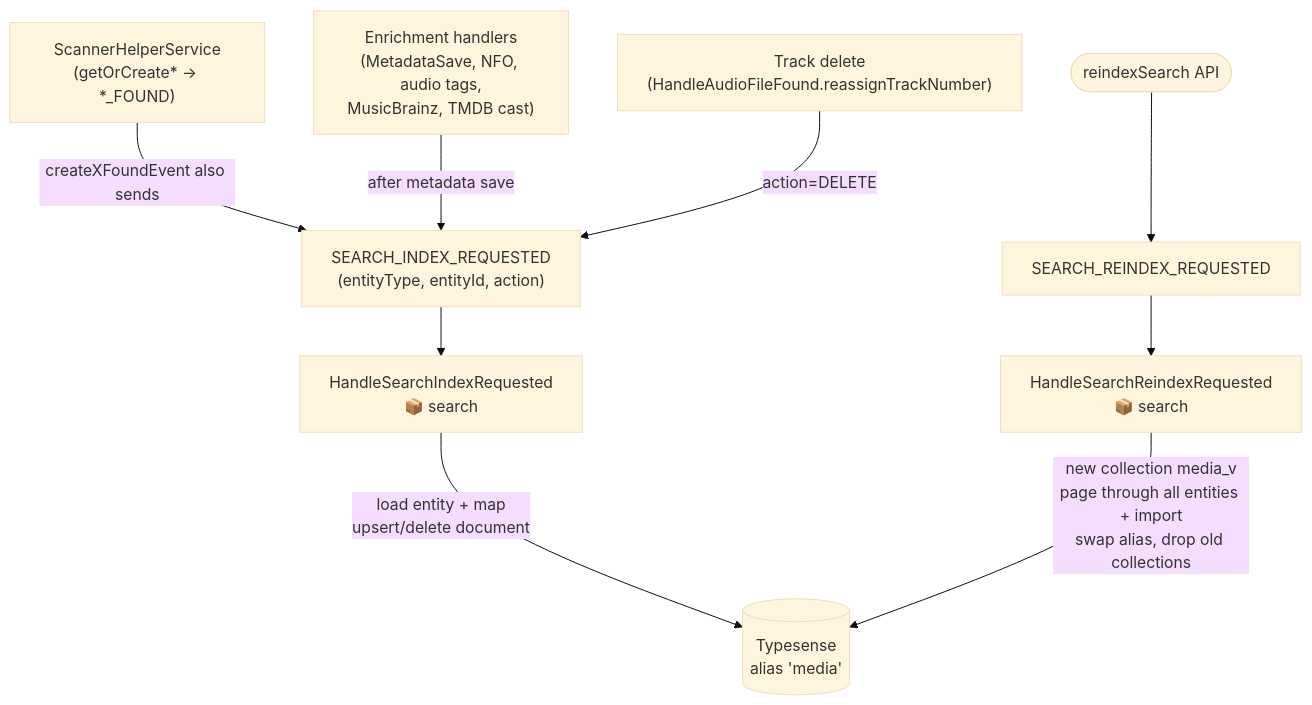
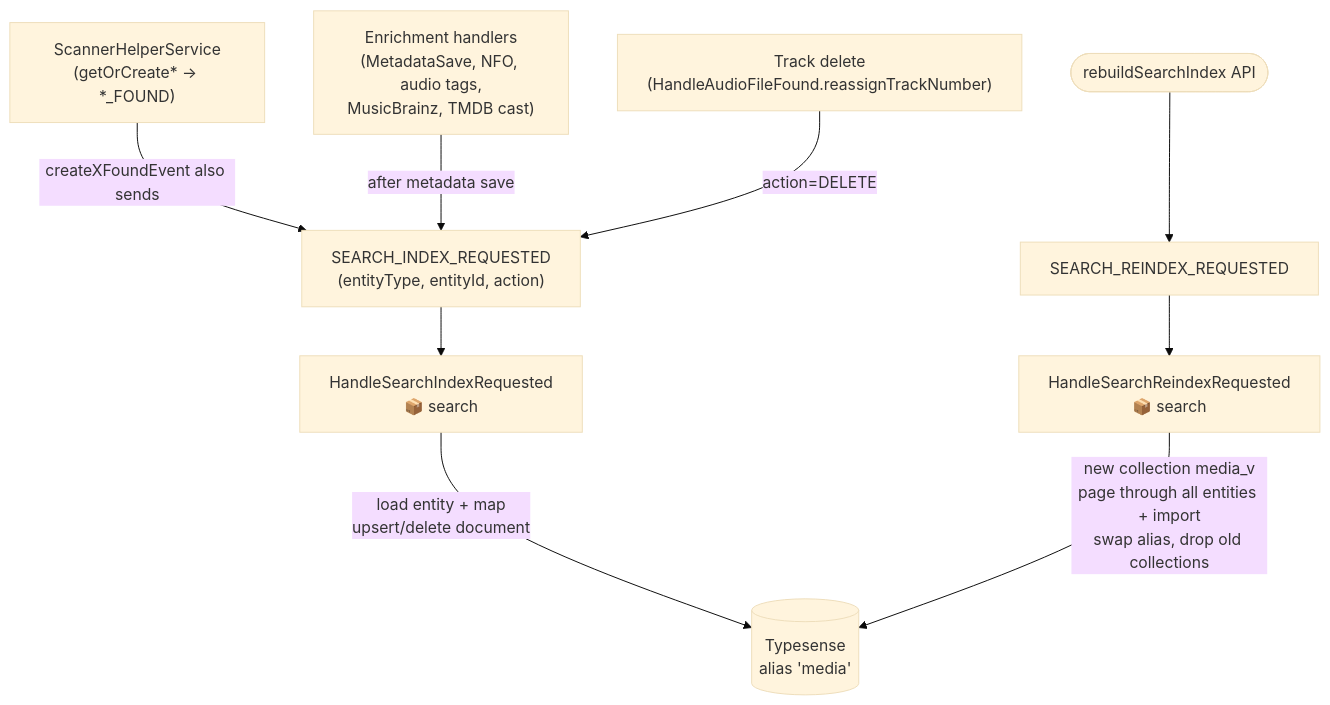
The diagram in doc/architecture/diagrams/search-flow.md (ister-app/server), drawn with Mermaid (base theme) before and after one commit. The commit also changed 23 other files, not shown here.

First line of the commit message:
docs: describe the redesigned maintenance flows

````diff
--- a/doc/architecture/diagrams/search-flow.md
+++ b/doc/architecture/diagrams/search-flow.md
@@ -7,14 +7,14 @@
 ```mermaid
 flowchart TD
     C["ScannerHelperService\n(getOrCreate* → *_FOUND)"] -->|"createXFoundEvent also sends"| A
     E["Enrichment handlers\n(MetadataSave, NFO, audio tags,\nMusicBrainz, TMDB cast)"] -->|after metadata save| A
     D["Track delete\n(HandleAudioFileFound.reassignTrackNumber)"] -->|action=DELETE| A
 
     A["SEARCH_INDEX_REQUESTED\n(entityType, entityId, action)"]
     A --> H["HandleSearchIndexRequested\n📦 search"]
     H -->|"load entity + map\nupsert/delete document"| TS[(Typesense\nalias 'media')]
 
-    API([reindexSearch API]) --> R["SEARCH_REINDEX_REQUESTED"]
+    API([rebuildSearchIndex API]) --> R["SEARCH_REINDEX_REQUESTED"]
     R --> RH["HandleSearchReindexRequested\n📦 search"]
     RH -->|"new collection media_v<ts>\npage through all entities + import\nswap alias, drop old collections"| TS
 ```
````
